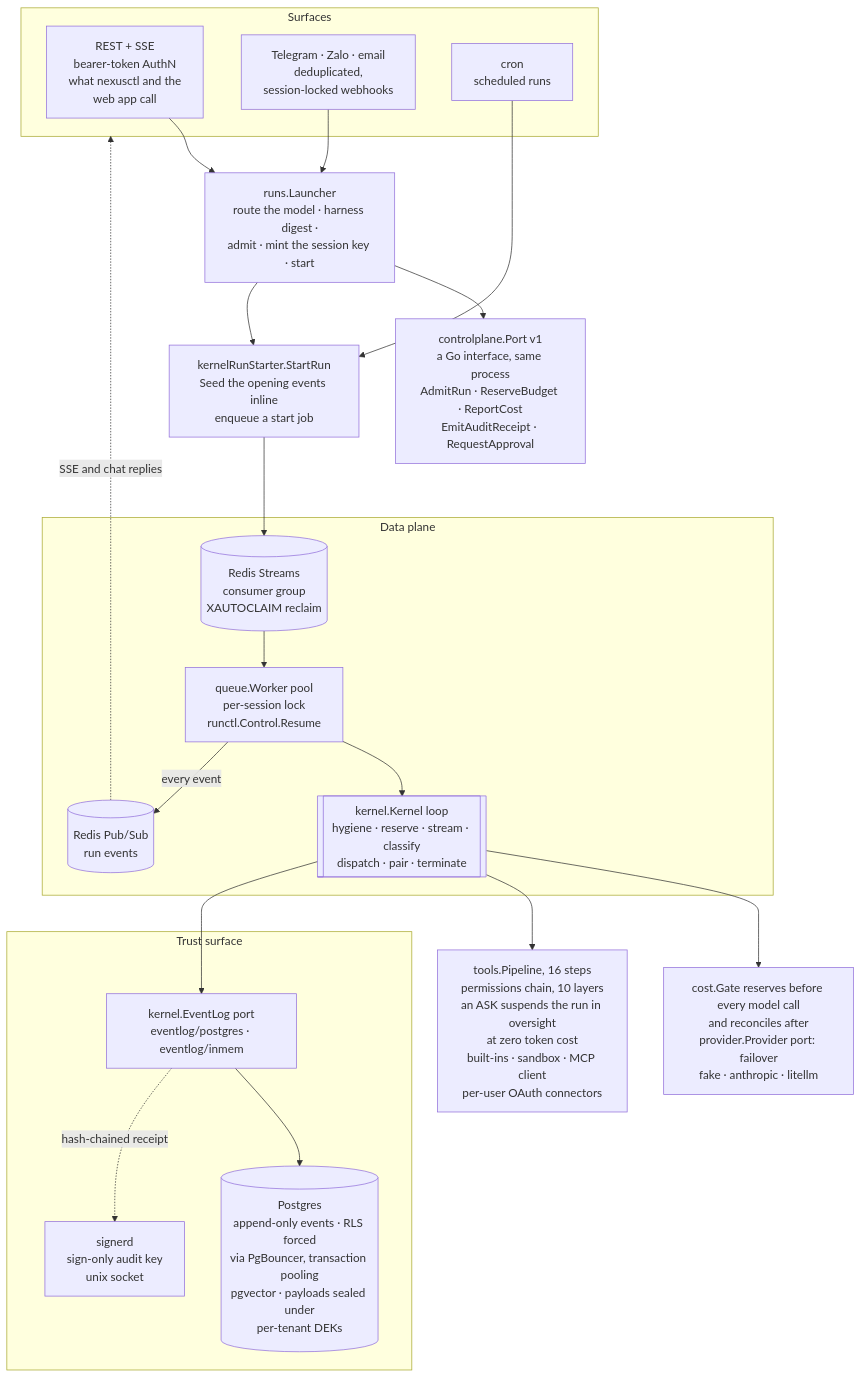
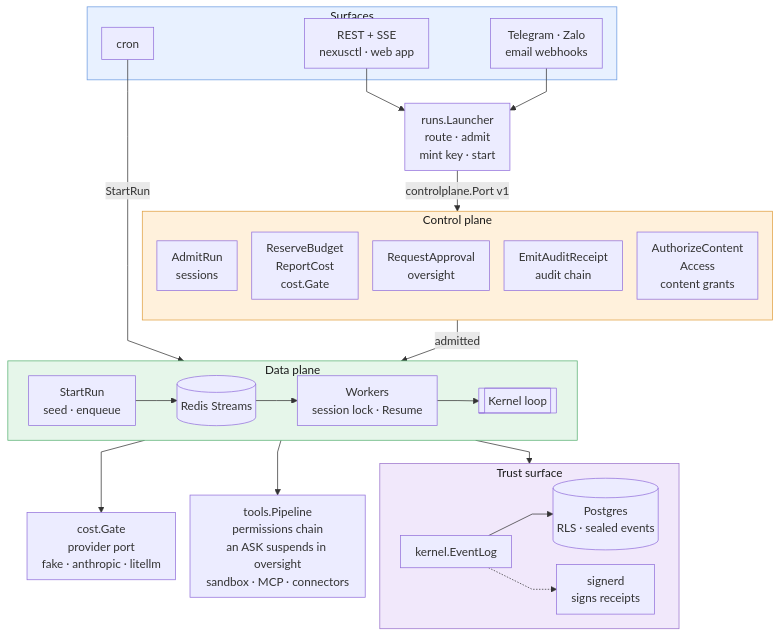
One commit to truongpx396/nexus-agent-demo changed the diagram in README.md. Above: the diagram before and after it, drawn with Mermaid. The commit also changed other lines of this file, not shown here.

````diff
--- a/README.md
+++ b/README.md
@@ -83,41 +92,47 @@
 ```mermaid
+%%{init: {"flowchart": {"nodeSpacing": 20, "rankSpacing": 32, "padding": 10, "curve": "linear"}}}%%
 flowchart TB
-    subgraph surfaces_sg["Surfaces"]
-        REST["REST + SSE<br/>bearer-token AuthN<br/>what nexusctl and the<br/>web app call"]
-        Chat["Telegram · Zalo · email<br/>deduplicated,<br/>session-locked webhooks"]
-        Cron["cron<br/>scheduled runs"]
+    subgraph SU["Surfaces"]
+        REST["REST + SSE<br/>nexusctl · web app"]
+        CHAT["Telegram · Zalo<br/>email webhooks"]
+        CRON["cron"]
     end
 
-    Launcher["runs.Launcher<br/>route the model · harness digest ·<br/>admit · mint the session key · start"]
-    CP["controlplane.Port v1<br/>a Go interface, same process<br/>AdmitRun · ReserveBudget · ReportCost<br/>EmitAuditReceipt · RequestApproval"]
-    Starter["kernelRunStarter.StartRun<br/>Seed the opening events inline<br/>enqueue a start job"]
+    LA["runs.Launcher<br/>route · admit<br/>mint key · start"]
 
-    REST --> Launcher
-    Chat --> Launcher
-    Launcher --> CP
-    Launcher --> Starter
-    Cron --> Starter
+    subgraph CP["Control plane"]
+        direction TB
+        ADM["AdmitRun<br/>sessions"]
+        BUD["ReserveBudget<br/>ReportCost<br/>cost.Gate"]
+        APR["RequestApproval<br/>oversight"]
+        AUD["EmitAuditReceipt<br/>audit chain"]
+        ACC["AuthorizeContent<br/>Access<br/>content grants"]
+    end
 
-    subgraph dp_sg["Data plane"]
-        Queue[("Redis Streams<br/>consumer group<br/>XAUTOCLAIM reclaim")]
-        Worker["queue.Worker pool<br/>per-session lock<br/>runctl.Control.Resume"]
-        Kernel[["kernel.Kernel loop<br/>hygiene · reserve · stream · classify<br/>dispatch · pair · terminate"]]
-        Bus[("Redis Pub/Sub<br/>run events")]
+    subgraph DP["Data plane"]
+        direction LR
+        ST["StartRun<br/>seed · enqueue"] --> Q[("Redis Streams")] --> W["Workers<br/>session lock · Resume"] --> K[["Kernel loop"]]
     end
-    Starter --> Queue --> Worker --> Kernel
-    Worker -->|every event| Bus
-    Bus -.->|SSE and chat replies| surfaces_sg
 
-    Model["cost.Gate reserves before every model call<br/>and reconciles after<br/>provider.Provider port: failover<br/>fake · anthropic · litellm"]
-    Tools["tools.Pipeline, 16 steps<br/>permissions chain, 10 layers<br/>an ASK suspends the run in oversight<br/>at zero token cost<br/>built-ins · sandbox · MCP client<br/>per-user OAuth connectors"]
-    Kernel --> Model
-    Kernel --> Tools
+    MODEL["cost.Gate<br/>provider port<br/>fake · anthropic · litellm"]
+    TOOLS["tools.Pipeline<br/>permissions chain<br/>an ASK suspends in oversight<br/>sandbox · MCP · connectors"]
 
-    subgraph trust_sg["Trust surface"]
-        EL["kernel.EventLog port<br/>eventlog/postgres · eventlog/inmem"]
-        PG[("Postgres<br/>append-only events · RLS forced<br/>via PgBouncer, transaction pooling<br/>pgvector · payloads sealed under<br/>per-tenant DEKs")]
-        SD["signerd<br/>sign-only audit key<br/>unix socket"]
+    subgraph TR["Trust surface"]
+        EL["kernel.EventLog"] --> PG[("Postgres<br/>RLS · sealed events")]
+        EL -.-> SD["signerd<br/>signs receipts"]
     end
-    Kernel --> EL --> PG
-    EL -.->|hash-chained receipt| SD
+
+    REST --> LA
+    CHAT --> LA
+    CRON -->|StartRun| DP
+    LA -->|"controlplane.Port v1"| CP
+    CP -->|admitted| DP
+    DP --> MODEL
+    DP --> TOOLS
+    DP --> TR
+
+    style SU fill:#e8f1ff,stroke:#6c9be0,color:#1a1a1a
+    style CP fill:#fff1dc,stroke:#e0a040,color:#1a1a1a
+    style DP fill:#e6f6ea,stroke:#58b072,color:#1a1a1a
+    style TR fill:#f1e8fb,stroke:#9a72cc,color:#1a1a1a
 ```
````
